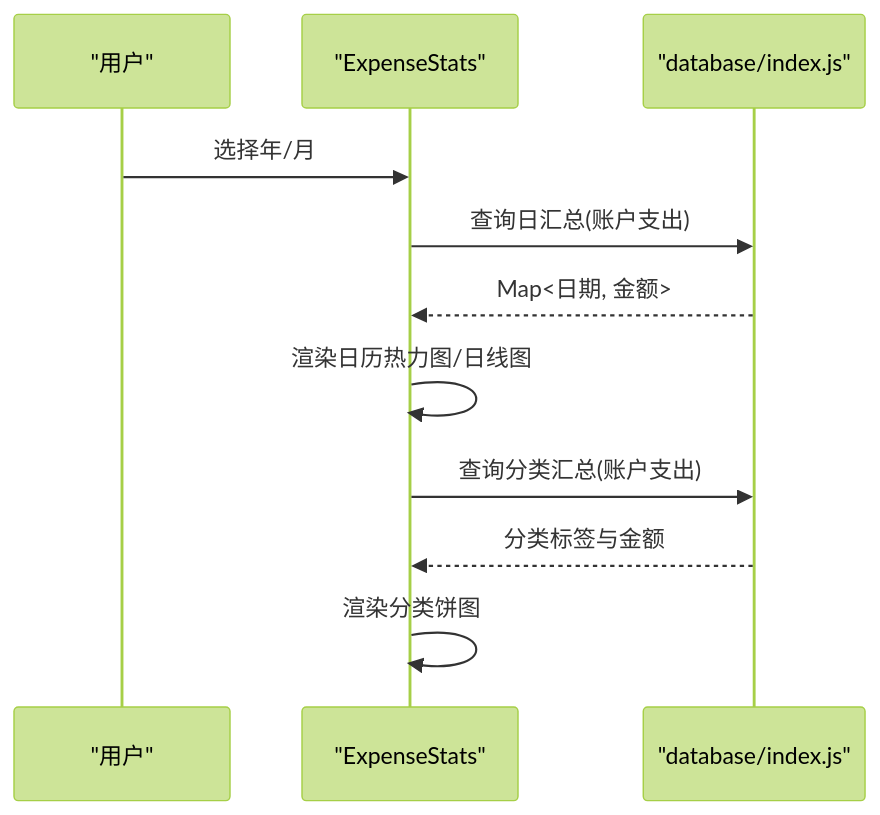
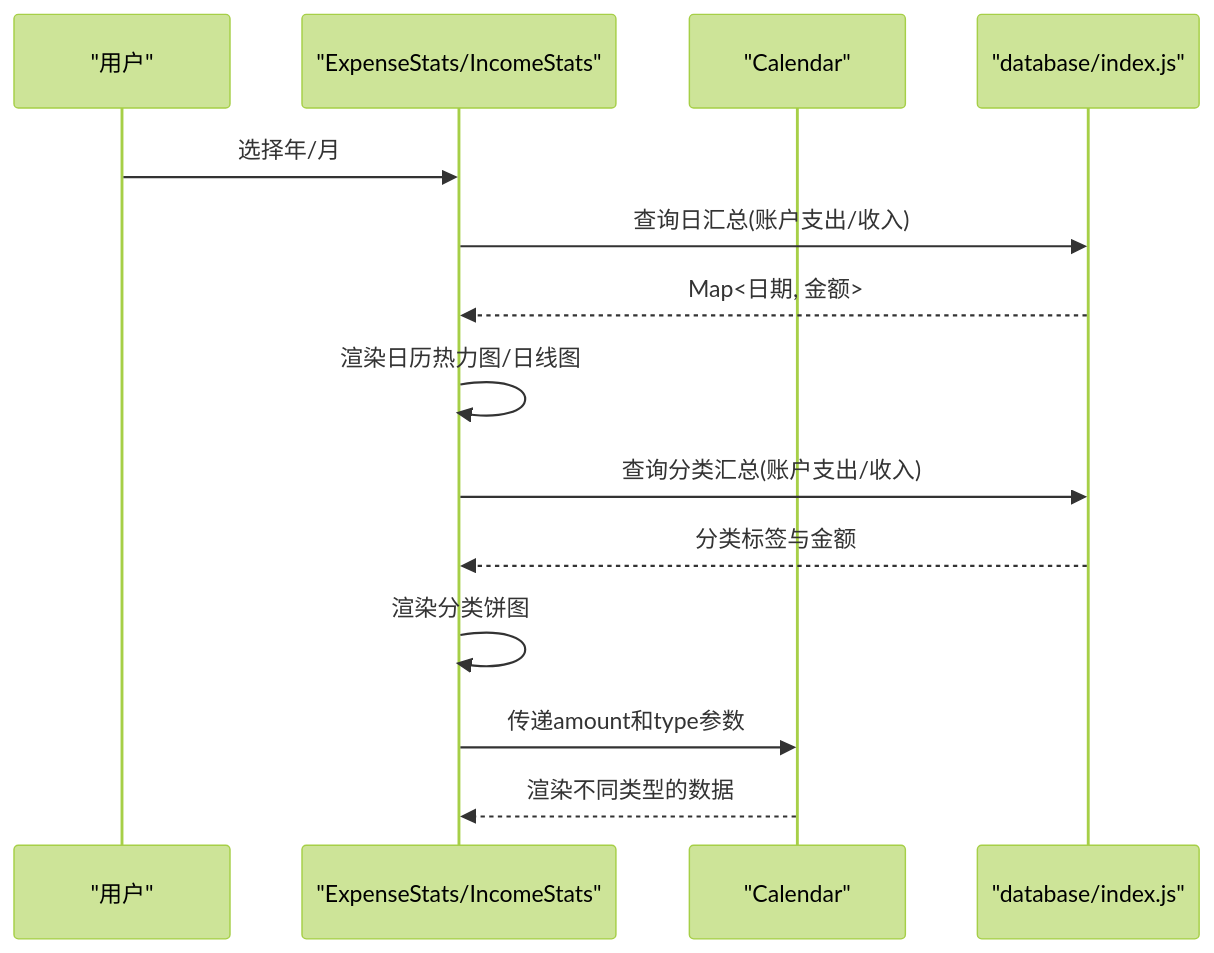
One commit to xiao-lin-unit/yuan changed the fifth of 10 diagrams in .qoder/repowiki/zh/content/支出管理/支出管理.md. Above: the diagram before and after it, drawn with Mermaid (forest theme). The commit also changed other lines of this file and 62 other files, not shown here.

````diff
--- a/.qoder/repowiki/zh/content/支出管理/支出管理.md
+++ b/.qoder/repowiki/zh/content/支出管理/支出管理.md
@@ -233,13 +233,16 @@
 ```mermaid
 sequenceDiagram
 participant U as "用户"
-participant ES as "ExpenseStats"
+participant ES as "ExpenseStats/IncomeStats"
+participant CAL as "Calendar"
 participant DB as "database/index.js"
 U->>ES : 选择年/月
-ES->>DB : 查询日汇总(账户支出)
+ES->>DB : 查询日汇总(账户支出/收入)
 DB-->>ES : Map<日期, 金额>
 ES->>ES : 渲染日历热力图/日线图
-ES->>DB : 查询分类汇总(账户支出)
+ES->>DB : 查询分类汇总(账户支出/收入)
 DB-->>ES : 分类标签与金额
 ES->>ES : 渲染分类饼图
+ES->>CAL : 传递amount和type参数
+CAL-->>ES : 渲染不同类型的数据
 ```
````
